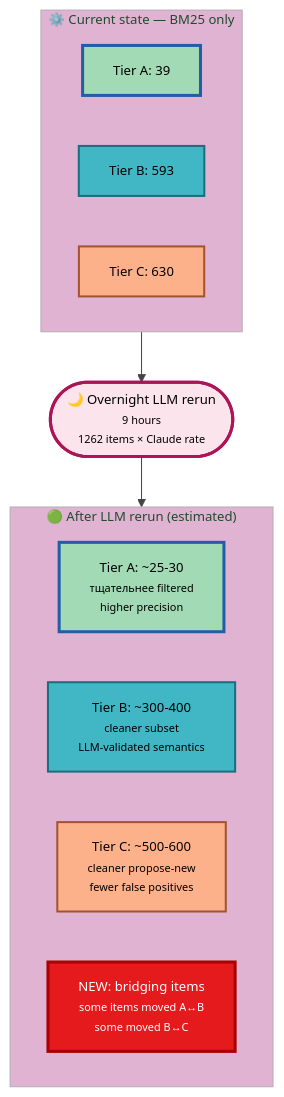
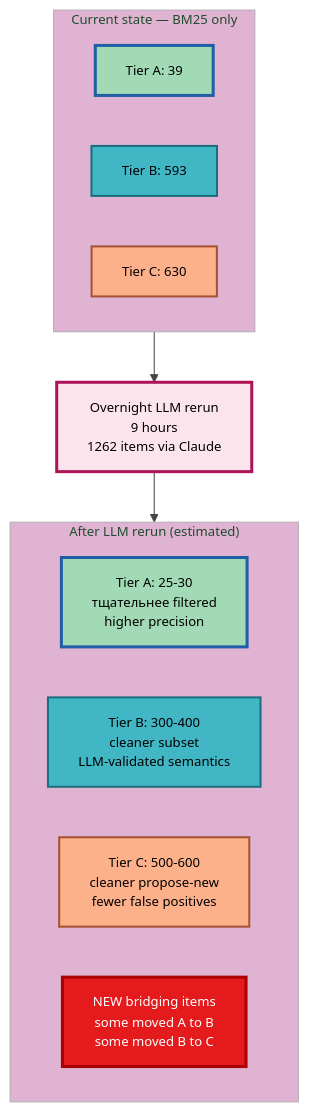
One commit to Bogersebekov/jetix-os changed the fourth of 5 diagrams in reports/wiki-edges-deep-explanation-2026-05-11.md. Above: the diagram before and after it, drawn with Mermaid. The commit also changed other lines of this file, not shown here.

Commit message:
[fix] wiki-edges-deep-explanation mermaid syntax fixes — remove nested HTML tags + cylinder/circle shapes (parse errors on §4.1, §5.2, §6.5)

````diff
--- a/reports/wiki-edges-deep-explanation-2026-05-11.md
+++ b/reports/wiki-edges-deep-explanation-2026-05-11.md
@@ -283,28 +283,28 @@
 ```mermaid
 %%{init: {'theme':'base', 'themeVariables': {'primaryColor':'#a1dab4', 'primaryTextColor':'#000', 'primaryBorderColor':'#225ea8', 'lineColor':'#444', 'fontFamily':'Inter, system-ui, sans-serif', 'fontSize':'13px'}}}%%
 flowchart TB
 
-    subgraph CURRENT ["⚙️ Current state — BM25 only"]
+    subgraph CURRENT ["Current state — BM25 only"]
         BM25_T_A["Tier A: 39"]:::high
         BM25_T_B["Tier B: 593"]:::medium
         BM25_T_C["Tier C: 630"]:::low
     end
 
-    LLM_RERUN(["🌙 Overnight LLM rerun<br/><small>9 hours<br/>1262 items × Claude rate</small>"]):::process
+    LLM_RERUN["Overnight LLM rerun<br/>9 hours<br/>1262 items via Claude"]:::process
 
-    subgraph AFTER ["🟢 After LLM rerun (estimated)"]
-        FINAL_T_A["Tier A: ~25-30<br/><small>тщательнее filtered<br/>higher precision</small>"]:::high
-        FINAL_T_B["Tier B: ~300-400<br/><small>cleaner subset<br/>LLM-validated semantics</small>"]:::medium
-        FINAL_T_C["Tier C: ~500-600<br/><small>cleaner propose-new<br/>fewer false positives</small>"]:::low
-        FINAL_NEW["NEW: bridging items<br/><small>some items moved A↔B<br/>some moved B↔C</small>"]:::new
+    subgraph AFTER ["After LLM rerun (estimated)"]
+        FINAL_T_A["Tier A: 25-30<br/>тщательнее filtered<br/>higher precision"]:::high
+        FINAL_T_B["Tier B: 300-400<br/>cleaner subset<br/>LLM-validated semantics"]:::medium
+        FINAL_T_C["Tier C: 500-600<br/>cleaner propose-new<br/>fewer false positives"]:::low
+        FINAL_NEW["NEW bridging items<br/>some moved A to B<br/>some moved B to C"]:::new
     end
 
     CURRENT --> LLM_RERUN
     LLM_RERUN --> AFTER
 
     classDef high fill:#a1dab4,stroke:#225ea8,stroke-width:3px,color:#000
     classDef medium fill:#41b6c4,stroke:#1a6e7d,stroke-width:2px,color:#000
     classDef low fill:#fdb18b,stroke:#a35332,stroke-width:2px,color:#000
     classDef new fill:#e41a1c,stroke:#a00,stroke-width:3px,color:#fff
     classDef process fill:#fce4ec,stroke:#ad1457,stroke-width:3px,color:#000
 ```
````
